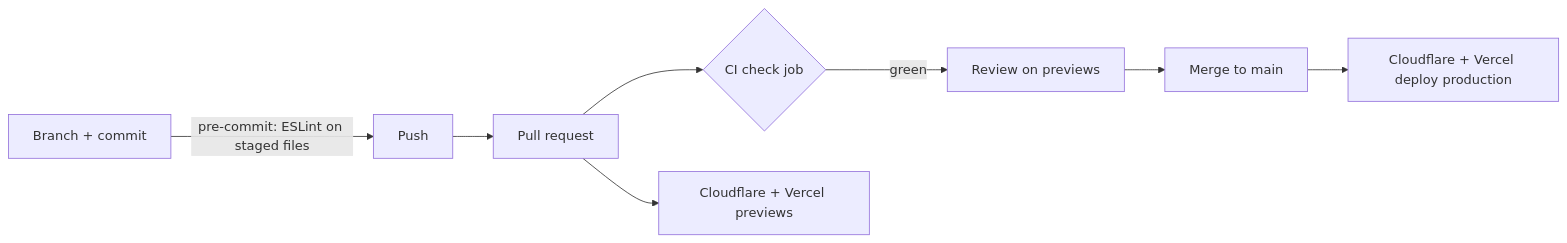
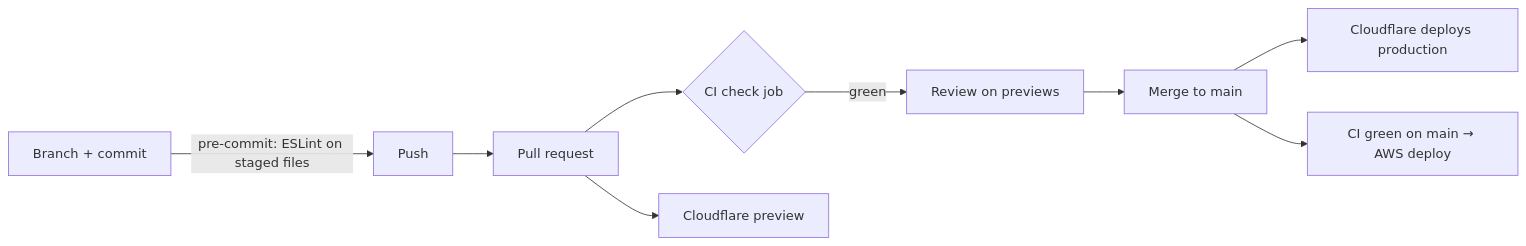
Before and after one commit to AmidNova/portfolio: the second of 3 diagrams in docs/devops.md, drawn with Mermaid. The commit also changed other lines of this file and 6 other files, not shown here.

````diff
--- a/docs/devops.md
+++ b/docs/devops.md
@@ -50,10 +47,11 @@
 ```mermaid
 flowchart LR
   a[Branch + commit] -->|pre-commit: ESLint on staged files| b[Push]
   b --> c[Pull request]
   c --> d{CI check job}
-  c --> e[Cloudflare + Vercel previews]
+  c --> e[Cloudflare preview]
   d -->|green| f[Review on previews]
   f --> g[Merge to main]
-  g --> h[Cloudflare + Vercel deploy production]
+  g --> h[Cloudflare deploys production]
+  g --> i[CI green on main → AWS deploy]
 ```
````
